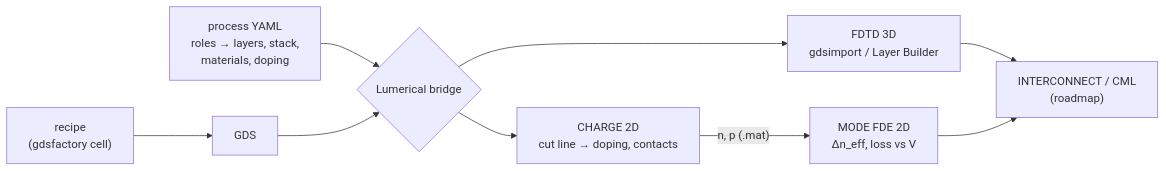
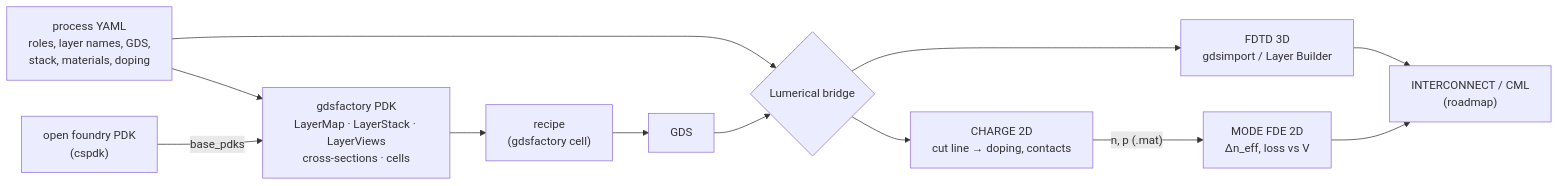
One commit to q3430468220-tech/photonics-layout-cookbook changed the diagram in README.md. Above: the diagram before and after it, drawn with Mermaid. The commit also changed other lines of this file and 25 other files, not shown here.

Commit message:
Add PDK lesson: hand-written + generated CORNERSTONE active PDK extending cspdk

````diff
--- a/README.md
+++ b/README.md
@@ -39,11 +41,14 @@
 ```mermaid
 flowchart LR
-    A["recipe<br/>(gdsfactory cell)"] --> B["GDS"]
-    P["process YAML<br/>roles → layers, stack,<br/>materials, doping"] --> C
+    Y["process YAML<br/>roles, layer names, GDS,<br/>stack, materials, doping"] --> K["gdsfactory PDK<br/>LayerMap · LayerStack · LayerViews<br/>cross-sections · cells"]
+    U["open foundry PDK<br/>(cspdk)"] -- "base_pdks" --> K
+    K --> A["recipe<br/>(gdsfactory cell)"]
+    A --> B["GDS"]
+    Y --> C
     B --> C{"Lumerical bridge"}
     C --> D["FDTD 3D<br/>gdsimport / Layer Builder"]
     C --> E["CHARGE 2D<br/>cut line → doping, contacts"]
     E -- "n, p (.mat)" --> F["MODE FDE 2D<br/>Δn_eff, loss vs V"]
     D --> G["INTERCONNECT / CML<br/>(roadmap)"]
     F --> G
 ```
````
